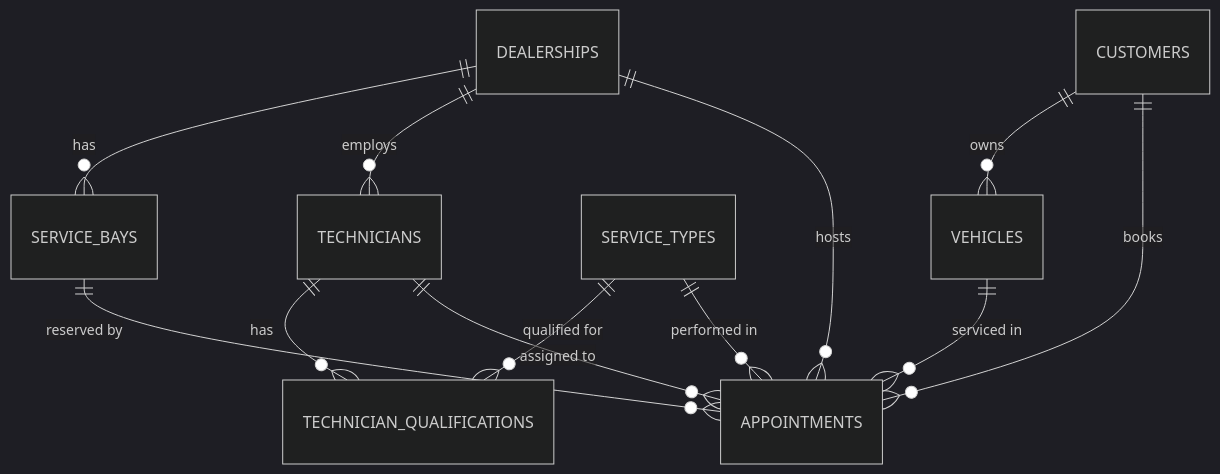
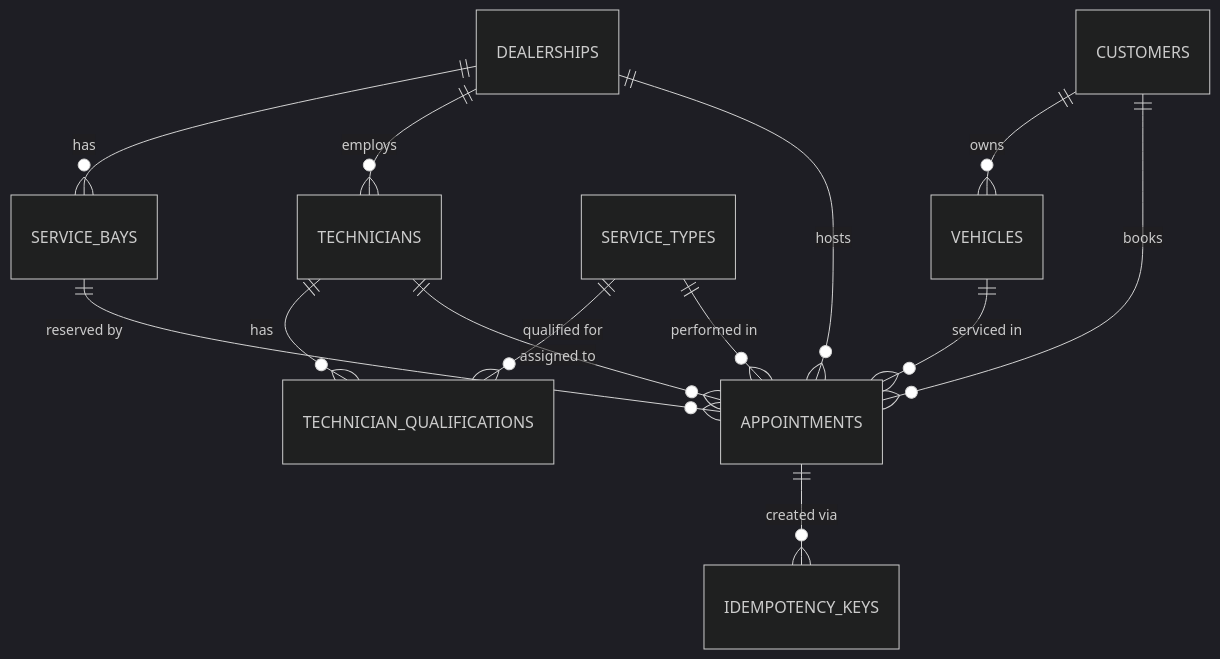
The diagram in docs/data-dictionary.md (rogeryudya/keyloop-scenario-a), drawn with Mermaid (dark theme) before and after one commit. The commit also changed other lines of this file and 20 other files, not shown here.

First line of the commit message:
feat(appointments): Idempotency-Key on POST /v1/appointments (FR-11)

````diff
--- a/docs/data-dictionary.md
+++ b/docs/data-dictionary.md
@@ -18,14 +18,15 @@
 ```mermaid
 erDiagram
     DEALERSHIPS ||--o{ SERVICE_BAYS : has
     DEALERSHIPS ||--o{ TECHNICIANS : employs
     TECHNICIANS ||--o{ TECHNICIAN_QUALIFICATIONS : has
     SERVICE_TYPES ||--o{ TECHNICIAN_QUALIFICATIONS : "qualified for"
     CUSTOMERS ||--o{ VEHICLES : owns
     DEALERSHIPS ||--o{ APPOINTMENTS : hosts
     SERVICE_BAYS ||--o{ APPOINTMENTS : "reserved by"
     TECHNICIANS ||--o{ APPOINTMENTS : "assigned to"
     SERVICE_TYPES ||--o{ APPOINTMENTS : "performed in"
     CUSTOMERS ||--o{ APPOINTMENTS : books
     VEHICLES ||--o{ APPOINTMENTS : "serviced in"
+    APPOINTMENTS ||--o{ IDEMPOTENCY_KEYS : "created via"
 ```
````
